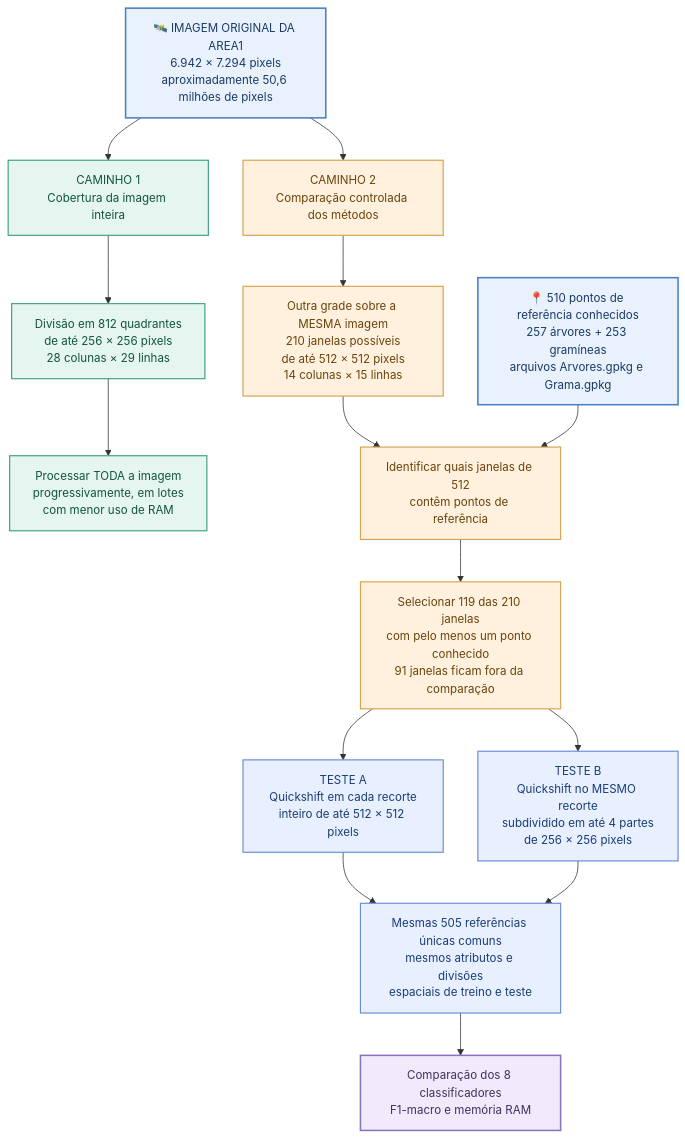
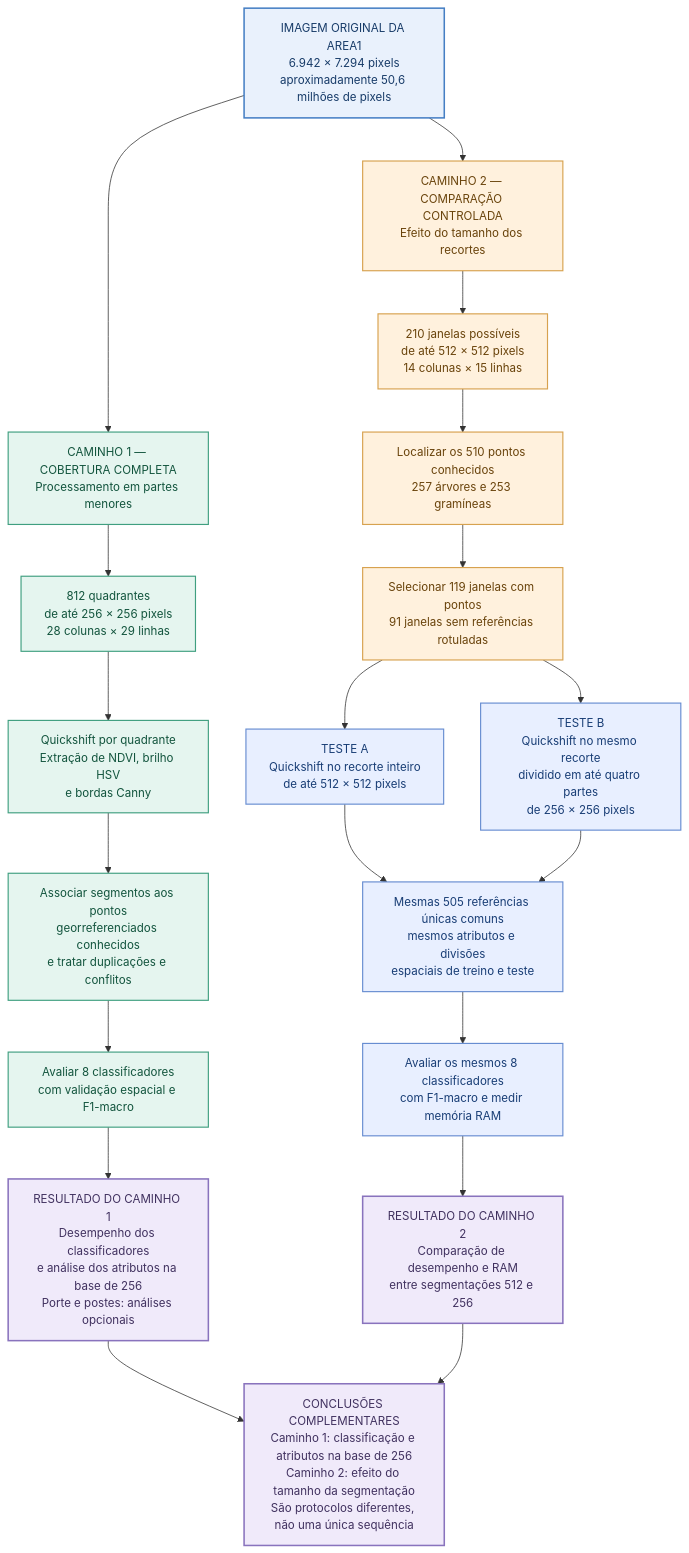
The fourth of 5 diagrams in README.md (BrenoBragaGalvao/mestrado-arvores-urbanas), drawn with Mermaid before and after one commit.

Commit message:
docs: completa os dois caminhos do fluxograma e conecta as conclusoes

````diff
--- a/README.md
+++ b/README.md
@@ -259,37 +259,39 @@
 ```mermaid
-%%{init: {"flowchart": {"nodeSpacing": 45, "rankSpacing": 55}, "themeVariables": {"fontFamily": "Arial, sans-serif", "fontSize": "15px"}}}%%
+%%{init: {"flowchart": {"nodeSpacing": 48, "rankSpacing": 56, "htmlLabels": true}, "themeVariables": {"fontFamily": "Arial, sans-serif", "fontSize": "15px"}}}%%
 flowchart TB
-    I["🛰️ IMAGEM ORIGINAL DA AREA1<br/>6.942 × 7.294 pixels<br/>aproximadamente 50,6 milhões de pixels"]
+    I["IMAGEM ORIGINAL DA AREA1<br/>6.942 × 7.294 pixels<br/>aproximadamente 50,6 milhões de pixels"]
 
-    A["CAMINHO 1<br/>Cobertura da imagem inteira"]
-    B["CAMINHO 2<br/>Comparação controlada dos métodos"]
-    I --> A
-    I --> B
+    I --> E1["CAMINHO 1 — COBERTURA COMPLETA<br/>Processamento em partes menores"]
+    I --> E2["CAMINHO 2 — COMPARAÇÃO CONTROLADA<br/>Efeito do tamanho dos recortes"]
 
-    A --> A1["Divisão em 812 quadrantes<br/>de até 256 × 256 pixels<br/>28 colunas × 29 linhas"]
-    A1 --> A2["Processar TODA a imagem<br/>progressivamente, em lotes<br/>com menor uso de RAM"]
+    E1 --> A1["812 quadrantes<br/>de até 256 × 256 pixels<br/>28 colunas × 29 linhas"]
+    A1 --> A2["Quickshift por quadrante<br/>Extração de NDVI, brilho HSV<br/>e bordas Canny"]
+    A2 --> A3["Associar segmentos aos pontos<br/>georreferenciados conhecidos<br/>e tratar duplicações e conflitos"]
+    A3 --> A4["Avaliar 8 classificadores<br/>com validação espacial e F1-macro"]
+    A4 --> A5["RESULTADO DO CAMINHO 1<br/>Desempenho dos classificadores<br/>e análise dos atributos na base de 256<br/>Porte e postes: análises opcionais"]
 
-    B --> B1["Outra grade sobre a MESMA imagem<br/>210 janelas possíveis<br/>de até 512 × 512 pixels<br/>14 colunas × 15 linhas"]
-    P["📍 510 pontos de referência conhecidos<br/>257 árvores + 253 gramíneas<br/>arquivos Arvores.gpkg e Grama.gpkg"]
-    B1 --> S["Identificar quais janelas de 512<br/>contêm pontos de referência"]
-    P --> S
-    S --> R["Selecionar 119 das 210 janelas<br/>com pelo menos um ponto conhecido<br/>91 janelas ficam fora da comparação"]
+    E2 --> B1["210 janelas possíveis<br/>de até 512 × 512 pixels<br/>14 colunas × 15 linhas"]
+    B1 --> B2["Localizar os 510 pontos conhecidos<br/>257 árvores e 253 gramíneas"]
+    B2 --> B3["Selecionar 119 janelas com pontos<br/>91 janelas sem referências rotuladas"]
 
-    R --> T1["TESTE A<br/>Quickshift em cada recorte<br/>inteiro de até 512 × 512 pixels"]
-    R --> T2["TESTE B<br/>Quickshift no MESMO recorte<br/>subdividido em até 4 partes<br/>de 256 × 256 pixels"]
+    B3 --> T1["TESTE A<br/>Quickshift no recorte inteiro<br/>de até 512 × 512 pixels"]
+    B3 --> T2["TESTE B<br/>Quickshift no mesmo recorte<br/>dividido em até quatro partes<br/>de 256 × 256 pixels"]
+    T1 --> B4["Mesmas 505 referências únicas comuns<br/>mesmos atributos e divisões<br/>espaciais de treino e teste"]
+    T2 --> B4
+    B4 --> B5["Avaliar os mesmos 8 classificadores<br/>com F1-macro e medir memória RAM"]
+    B5 --> B6["RESULTADO DO CAMINHO 2<br/>Comparação de desempenho e RAM<br/>entre segmentações 512 e 256"]
 
-    T1 --> C["Mesmas 505 referências únicas comuns<br/>mesmos atributos e divisões<br/>espaciais de treino e teste"]
-    T2 --> C
-    C --> F["Comparação dos 8 classificadores<br/>F1-macro e memória RAM"]
+    A5 --> Z["CONCLUSÕES COMPLEMENTARES<br/>Caminho 1: classificação e atributos na base de 256<br/>Caminho 2: efeito do tamanho da segmentação<br/>São protocolos diferentes, não uma única sequência"]
+    B6 --> Z
 
     classDef origem fill:#e9f1fc,stroke:#467fc4,color:#173b68,stroke-width:2px;
     classDef cobertura fill:#e5f5ef,stroke:#409f80,color:#12543d,stroke-width:1.5px;
     classDef comparacao fill:#fff1dd,stroke:#d7a24f,color:#69430b,stroke-width:1.5px;
     classDef teste fill:#e8efff,stroke:#678dd1,color:#183d75,stroke-width:1.5px;
     classDef resultado fill:#f0eafa,stroke:#8973bd,color:#40315f,stroke-width:2px;
-    class I,P origem;
-    class A,A1,A2 cobertura;
-    class B,B1,S,R comparacao;
-    class T1,T2,C teste;
-    class F resultado;
+    class I origem;
+    class E1,A1,A2,A3,A4 cobertura;
+    class E2,B1,B2,B3 comparacao;
+    class T1,T2,B4,B5 teste;
+    class A5,B6,Z resultado;
 ```
````
